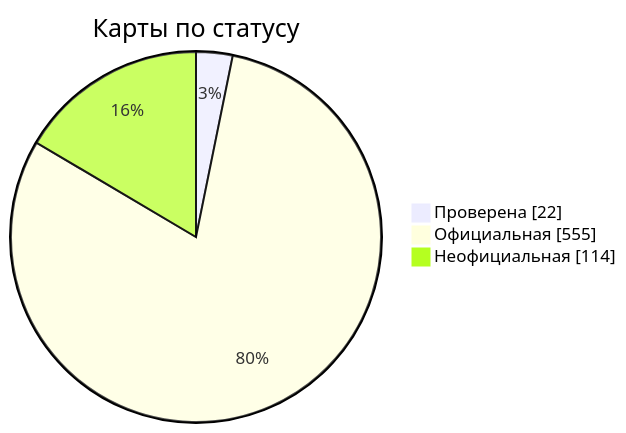
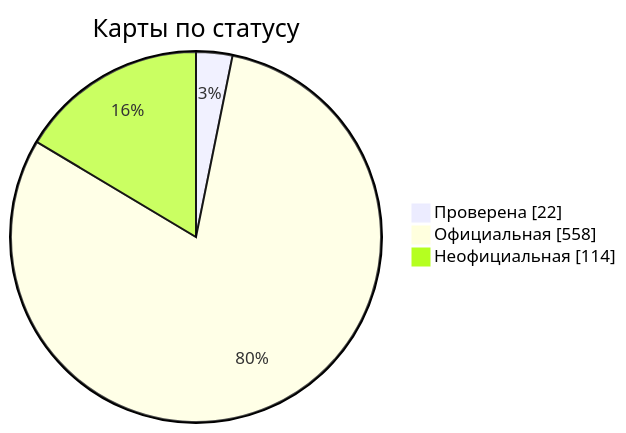
The diagram in docs/readme/README_RU.md (nobrega8/mbmap-library), drawn with Mermaid before and after one commit. The commit also changed 8 other files, not shown here.

````diff
--- a/docs/readme/README_RU.md
+++ b/docs/readme/README_RU.md
@@ -54,7 +54,7 @@
 ```mermaid
 pie showData
     title Карты по статусу
     "Проверена" : 22
-    "Официальная" : 555
+    "Официальная" : 558
     "Неофициальная" : 114
 ```
````
